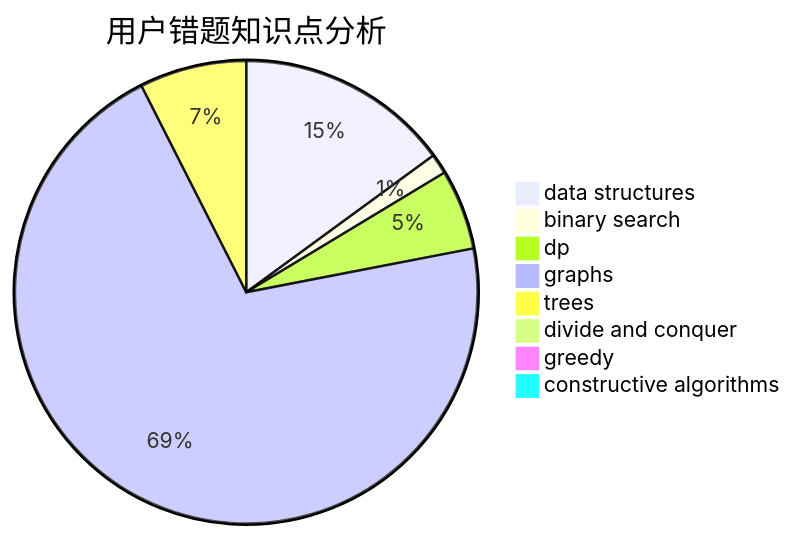
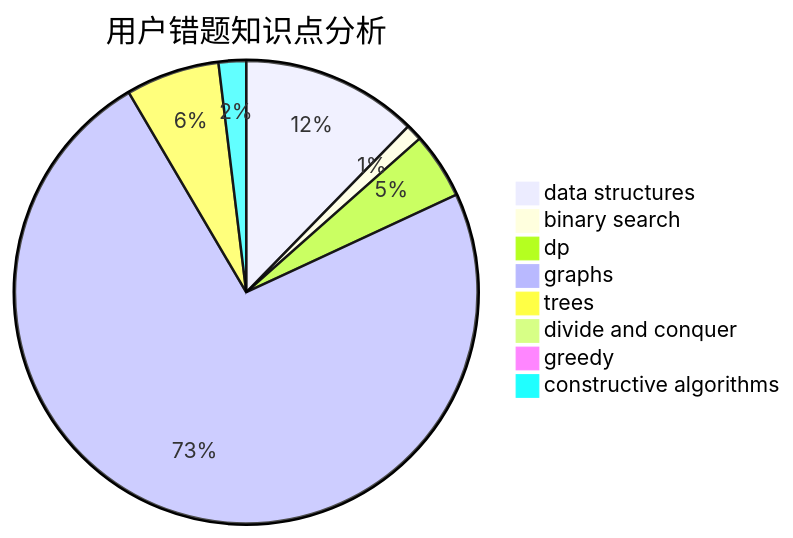
One commit to sherpahu/cfrs.github.io changed the third of 3 diagrams in docs/user/u1009.md. Above: the diagram before and after it, drawn with Mermaid. The commit also changed other lines of this file and 2770 other files, not shown here.

````diff
--- a/docs/user/u1009.md
+++ b/docs/user/u1009.md
@@ -36,11 +36,11 @@
 ```mermaid
 pie title 用户错题知识点分析
     "data structures" :  32
     "binary search" :  3
     "dp" :  12
-    "graphs" :  151
-    "trees" :  16
+    "graphs" :  191
+    "trees" :  17
     "divide and conquer" :  1
     "greedy" :  2
-    "constructive algorithms" :  2
+    "constructive algorithms" :  5
 ```
````
